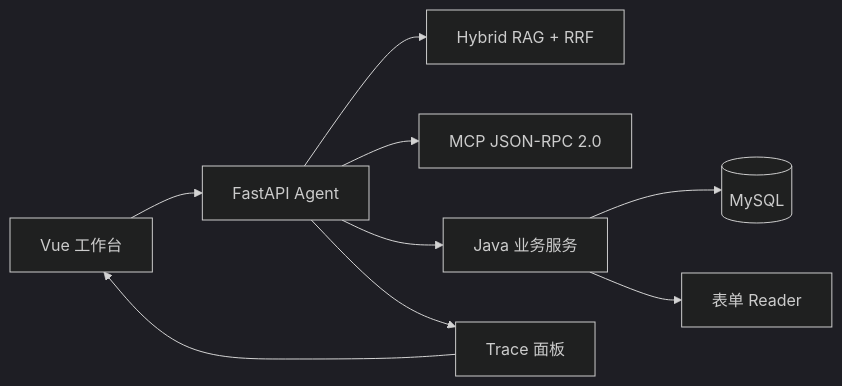
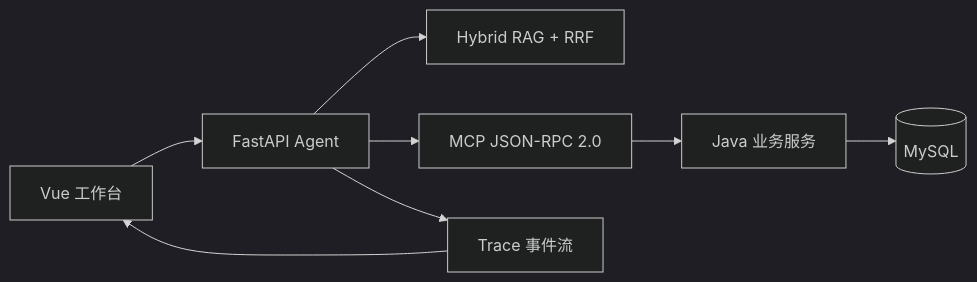
Before and after one commit to fengyue-xve/supply-chain-ops-agent: the diagram in README.md, drawn with Mermaid (dark theme). The commit also changed other lines of this file and 2 other files, not shown here.

````diff
--- a/README.md
+++ b/README.md
@@ -7,11 +7,10 @@
-~~~mermaid
+```mermaid
 flowchart LR
-  V[Vue 工作台] --> A[FastAPI Agent]
-  A --> R[Hybrid RAG + RRF]
-  A --> M[MCP JSON-RPC 2.0]
-  A --> J[Java 业务服务]
-  J --> DB[(MySQL)]
-  J --> FR[表单 Reader]
-  A --> T[Trace 面板]
-  T --> V
-~~~
+  UI[Vue 工作台] --> API[FastAPI Agent]
+  API --> RAG[Hybrid RAG + RRF]
+  API --> MCP[MCP JSON-RPC 2.0]
+  MCP --> JAVA[Java 业务服务]
+  JAVA --> DB[(MySQL)]
+  API --> TRACE[Trace 事件流]
+  TRACE --> UI
+```
````
